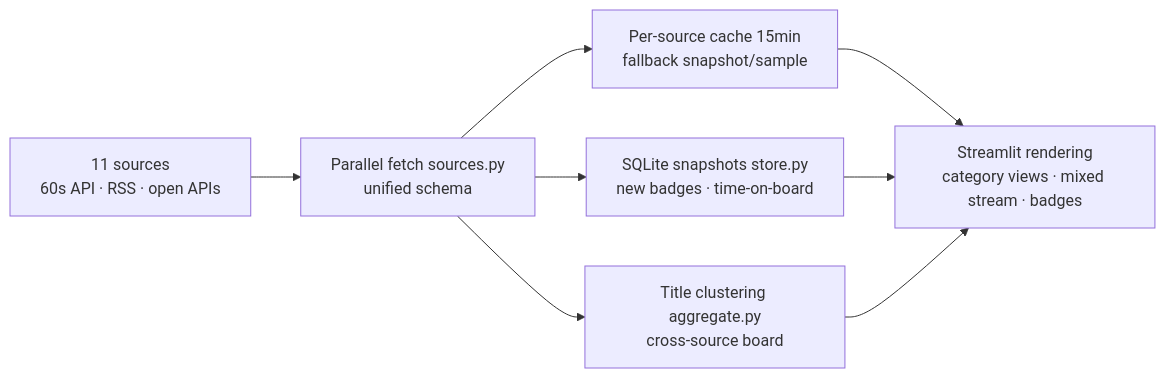
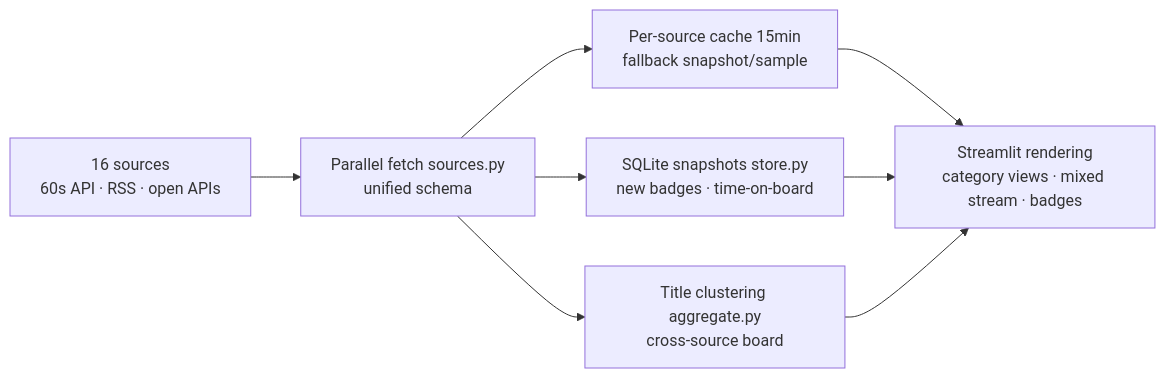
One commit to Mocas-12/baiduhotsearch changed the diagram in README.md. Above: the diagram before and after it, drawn with Mermaid. The commit also changed other lines of this file and 4 other files, not shown here.

````diff
--- a/README.md
+++ b/README.md
@@ -74,10 +76,10 @@
 ```mermaid
 flowchart LR
-    A[11 sources<br/>60s API · RSS · open APIs] --> B[Parallel fetch sources.py<br/>unified schema]
+    A[16 sources<br/>60s API · RSS · open APIs] --> B[Parallel fetch sources.py<br/>unified schema]
     B --> C[Per-source cache 15min<br/>fallback snapshot/sample]
     B --> D[SQLite snapshots store.py<br/>new badges · time-on-board]
     B --> E[Title clustering aggregate.py<br/>cross-source board]
     C --> F[Streamlit rendering<br/>category views · mixed stream · badges]
     D --> F
     E --> F
 ```
````
